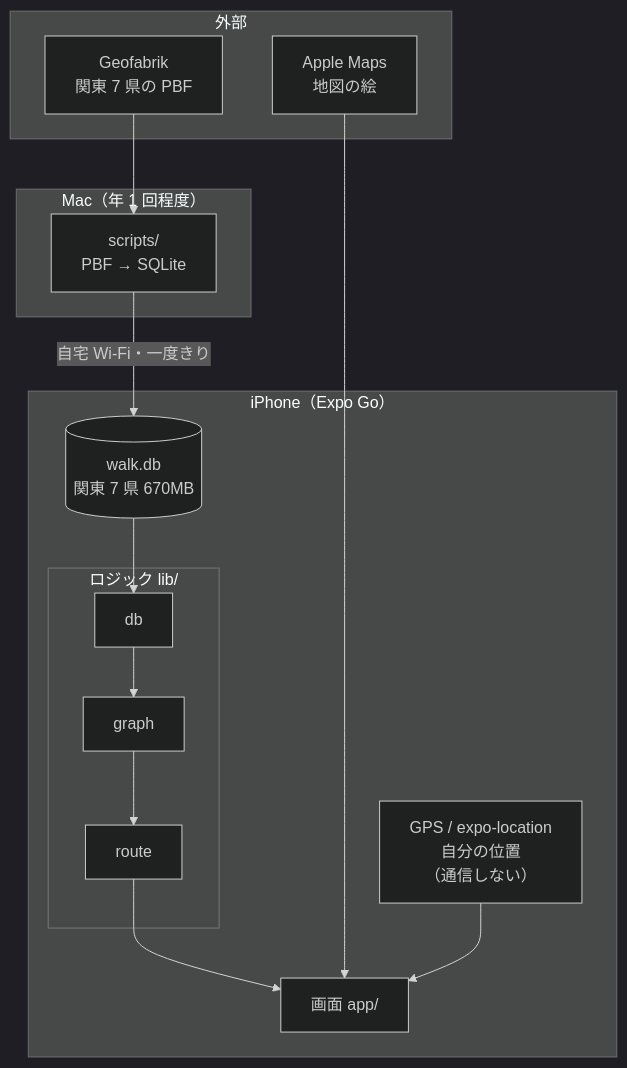
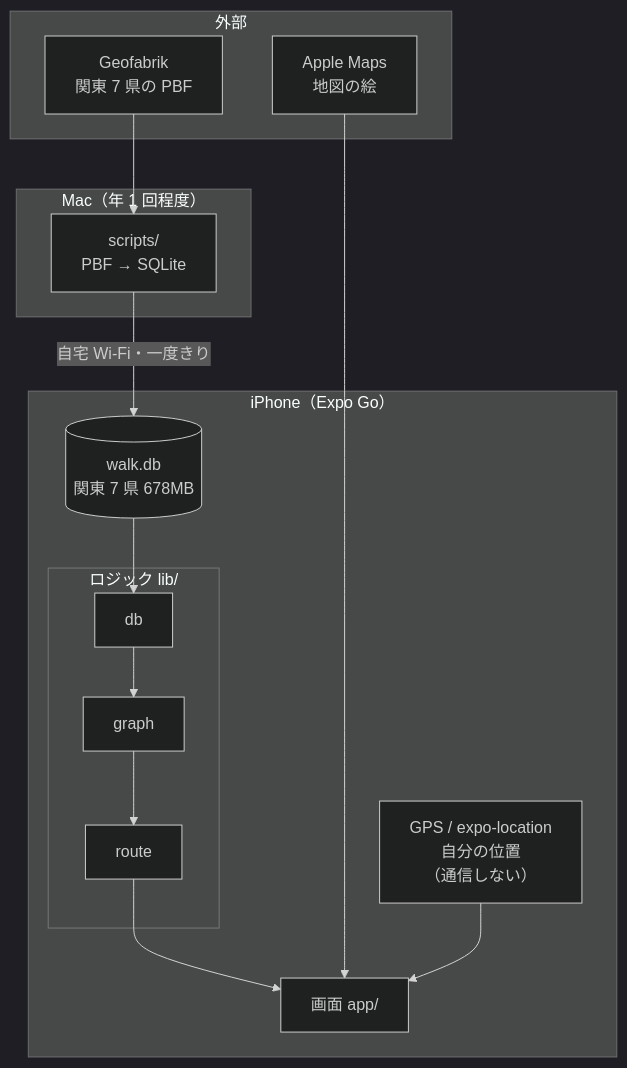
Before and after one commit to youngsend/walk-app: the first of 2 diagrams in docs/design.md, drawn with Mermaid (dark theme). The commit also changed other lines of this file and 2 other files, not shown here.

````diff
--- a/docs/design.md
+++ b/docs/design.md
@@ -33,28 +33,28 @@
 ```mermaid
 flowchart TB
     subgraph outside["外部"]
         GF["Geofabrik<br/>関東 7 県の PBF"]
         AM["Apple Maps<br/>地図の絵"]
     end
 
     subgraph mac["Mac（年 1 回程度）"]
         PRE["scripts/<br/>PBF → SQLite"]
     end
 
     subgraph app["iPhone（Expo Go）"]
         GPS["GPS / expo-location<br/>自分の位置<br/>（通信しない）"]
         SCR["画面 app/"]
         subgraph logic["ロジック lib/"]
             DB["db"]
             GR["graph"]
             RT["route"]
         end
-        SQL[("walk.db<br/>関東 7 県 670MB")]
+        SQL[("walk.db<br/>関東 7 県 678MB")]
     end
 
     GF --> PRE
     PRE -->|自宅 Wi-Fi・一度きり| SQL
     SQL --> DB --> GR --> RT --> SCR
     AM --> SCR
     GPS --> SCR
 ```
````
